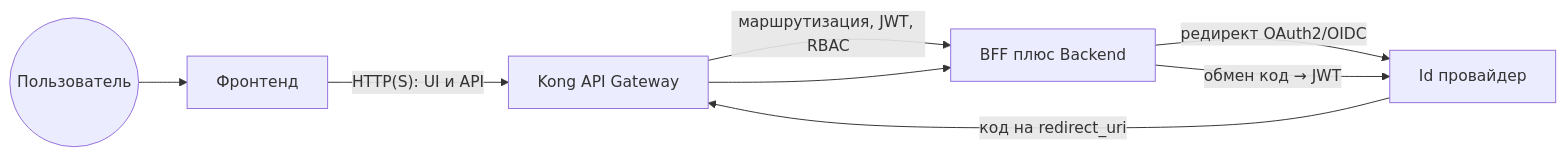
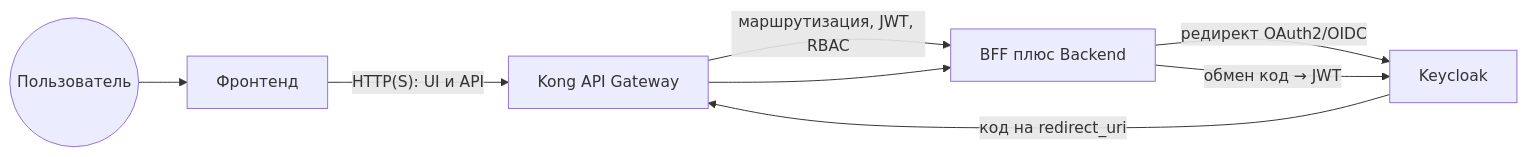
The third of 19 diagrams in Farmadoc_documentation/1.Пояснительная записка к техническому проекту.md (Trump68/infra), drawn with Mermaid before and after one commit. The commit also changed other lines of this file, not shown here.

````diff
--- a/Farmadoc_documentation/1.Пояснительная записка к техническому проекту.md
+++ b/Farmadoc_documentation/1.Пояснительная записка к техническому проекту.md
@@ -605,10 +605,10 @@
 ```mermaid
 flowchart LR
   User((Пользователь)) --> Frontend[Фронтенд]
   Frontend -->|"HTTP(S): UI и API"| Gateway[Kong API Gateway]
   Gateway -->|"маршрутизация, JWT, RBAC"| App[BFF плюс Backend]
-  App -->|"редирект OAuth2/OIDC"| IdP[Id провайдер]
+  App -->|"редирект OAuth2/OIDC"| IdP[Keycloak]
   IdP -->|"код на redirect_uri"| Gateway
   Gateway --> App
   App -->|"обмен код → JWT"| IdP
 ```
````
